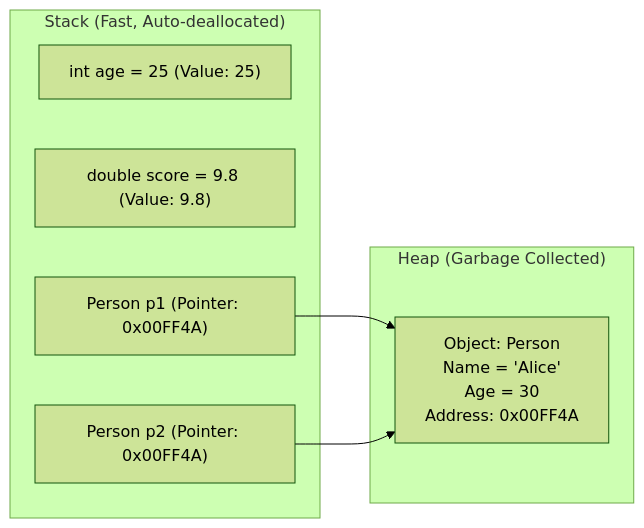
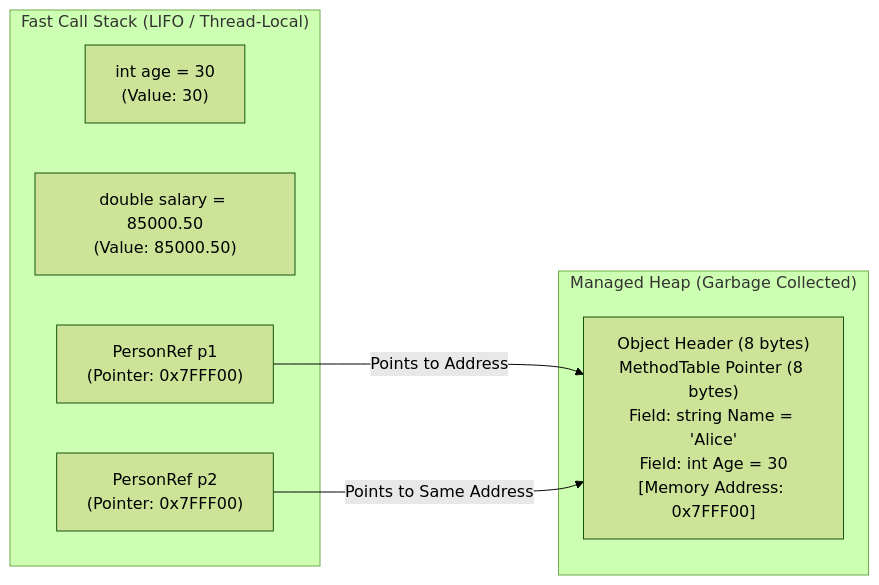
The diagram in Main/Topics/02_LanguageFundamentals/README.md (Singhkunall/Csharp-learning), drawn with Mermaid (forest theme) before and after one commit. The commit also changed other lines of this file and 19 other files, not shown here.

Commit message:
Enhance: In-depth story-driven theory, architecture diagrams, and comprehensive code for Phases 1 & 2 (Topics 01-10)

````diff
--- a/Main/Topics/02_LanguageFundamentals/README.md
+++ b/Main/Topics/02_LanguageFundamentals/README.md
@@ -25,14 +63,16 @@
 ```mermaid
 flowchart LR
-    subgraph Stack_Memory["Stack (Fast, Auto-deallocated)"]
-        A["int age = 25 (Value: 25)"]
-        B["double score = 9.8 (Value: 9.8)"]
-        C["Person p1 (Pointer: 0x00FF4A)"]
-        D["Person p2 (Pointer: 0x00FF4A)"]
+    subgraph Stack_Frame["Fast Call Stack (LIFO / Thread-Local)"]
+        A["int age = 30<br/>(Value: 30)"]
+        B["double salary = 85000.50<br/>(Value: 85000.50)"]
+        C["PersonRef p1<br/>(Pointer: 0x7FFF00)"]
+        D["PersonRef p2<br/>(Pointer: 0x7FFF00)"]
     end
-    subgraph Heap_Memory["Heap (Garbage Collected)"]
-        E["Object: Person<br/>Name = 'Alice'<br/>Age = 30<br/>Address: 0x00FF4A"]
+
+    subgraph Managed_Heap["Managed Heap (Garbage Collected)"]
+        E["Object Header (8 bytes)<br/>MethodTable Pointer (8 bytes)<br/>Field: string Name = 'Alice'<br/>Field: int Age = 30<br/>[Memory Address: 0x7FFF00]"]
     end
-    C --> E
-    D --> E
+
+    C -->|Points to Address| E
+    D -->|Points to Same Address| E
 ```
````
